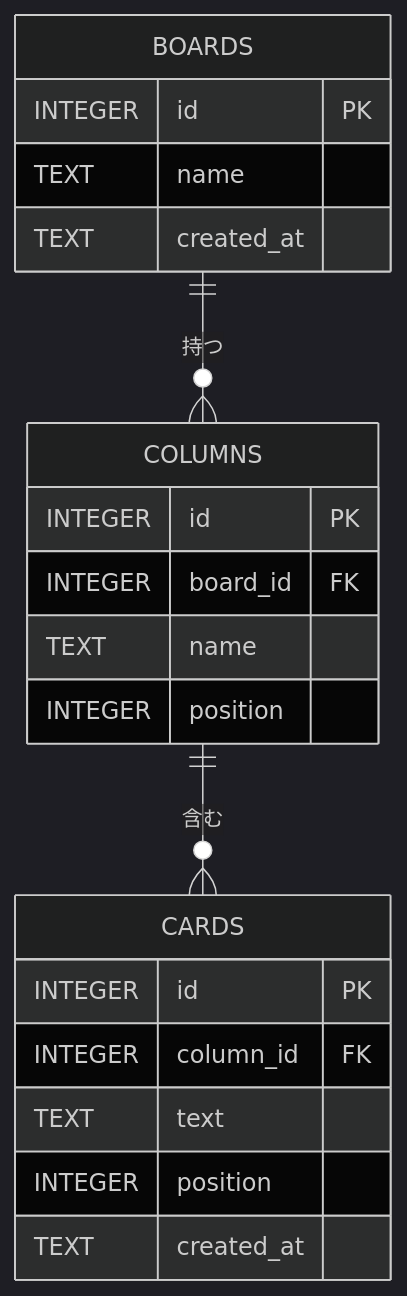
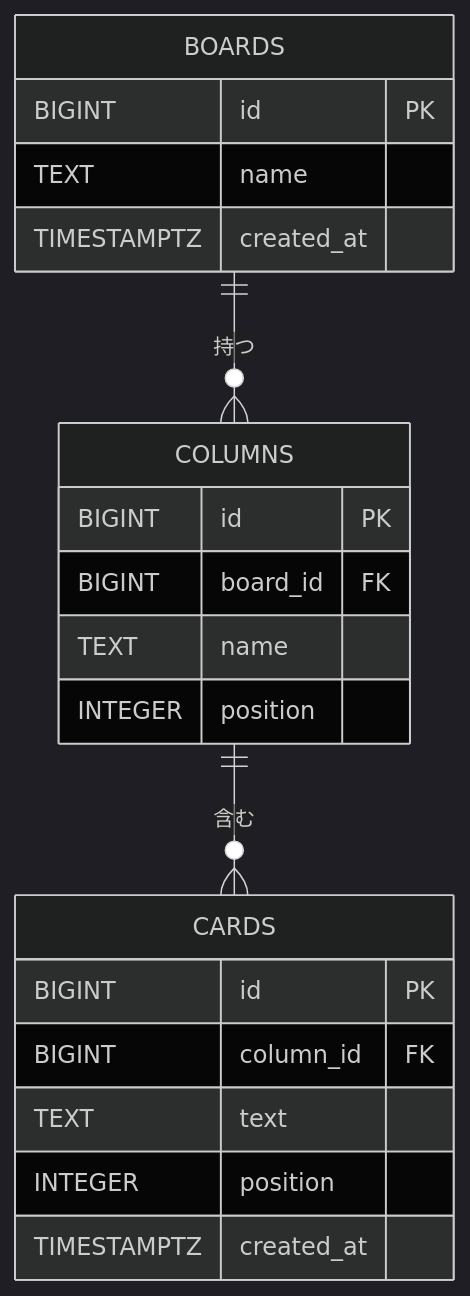
Before and after one commit to Haruki41/github-study: the first of 2 diagrams in docs/06_データベース設計.md, drawn with Mermaid (dark theme). The commit also changed other lines of this file and 9 other files, not shown here.

````diff
--- a/docs/06_データベース設計.md
+++ b/docs/06_データベース設計.md
@@ -8,23 +8,23 @@
 ```mermaid
 erDiagram
     BOARDS ||--o{ COLUMNS : "持つ"
     COLUMNS ||--o{ CARDS : "含む"
     BOARDS {
-        INTEGER id PK
+        BIGINT id PK
         TEXT name
-        TEXT created_at
+        TIMESTAMPTZ created_at
     }
     COLUMNS {
-        INTEGER id PK
-        INTEGER board_id FK
+        BIGINT id PK
+        BIGINT board_id FK
         TEXT name
         INTEGER position
     }
     CARDS {
-        INTEGER id PK
-        INTEGER column_id FK
+        BIGINT id PK
+        BIGINT column_id FK
         TEXT text
         INTEGER position
-        TEXT created_at
+        TIMESTAMPTZ created_at
     }
 ```
````
